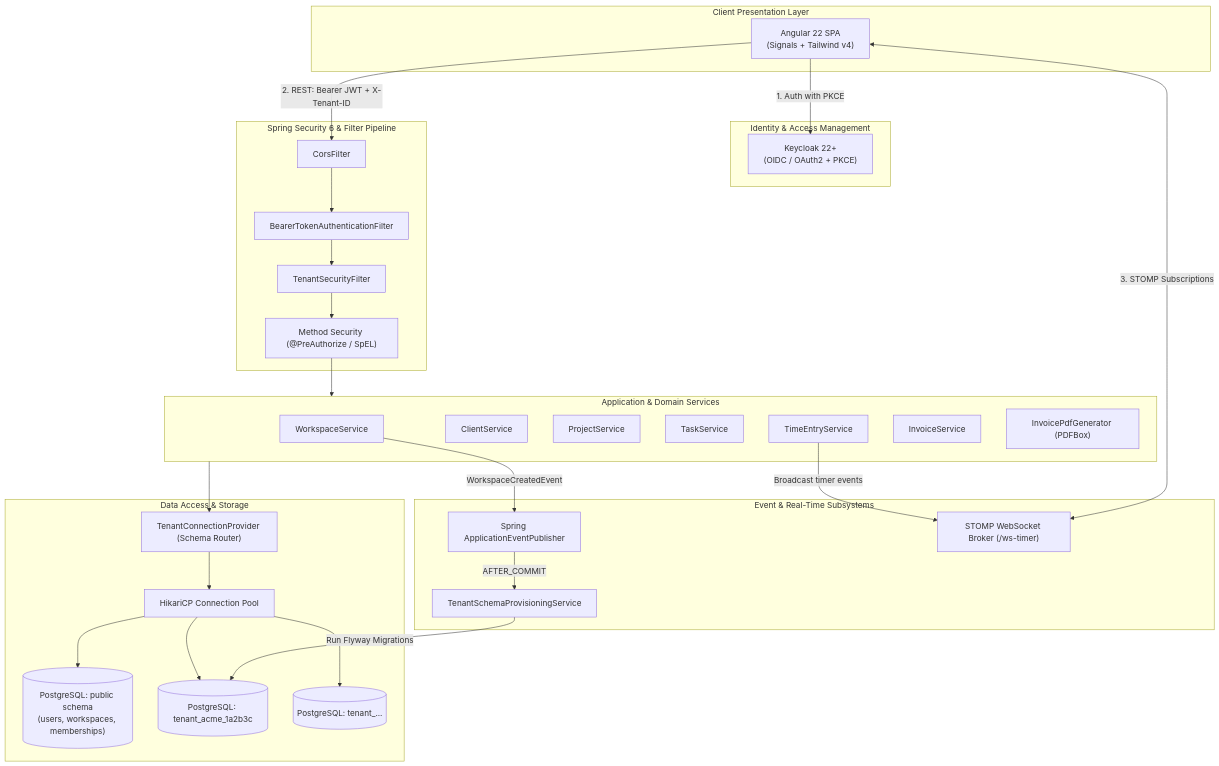
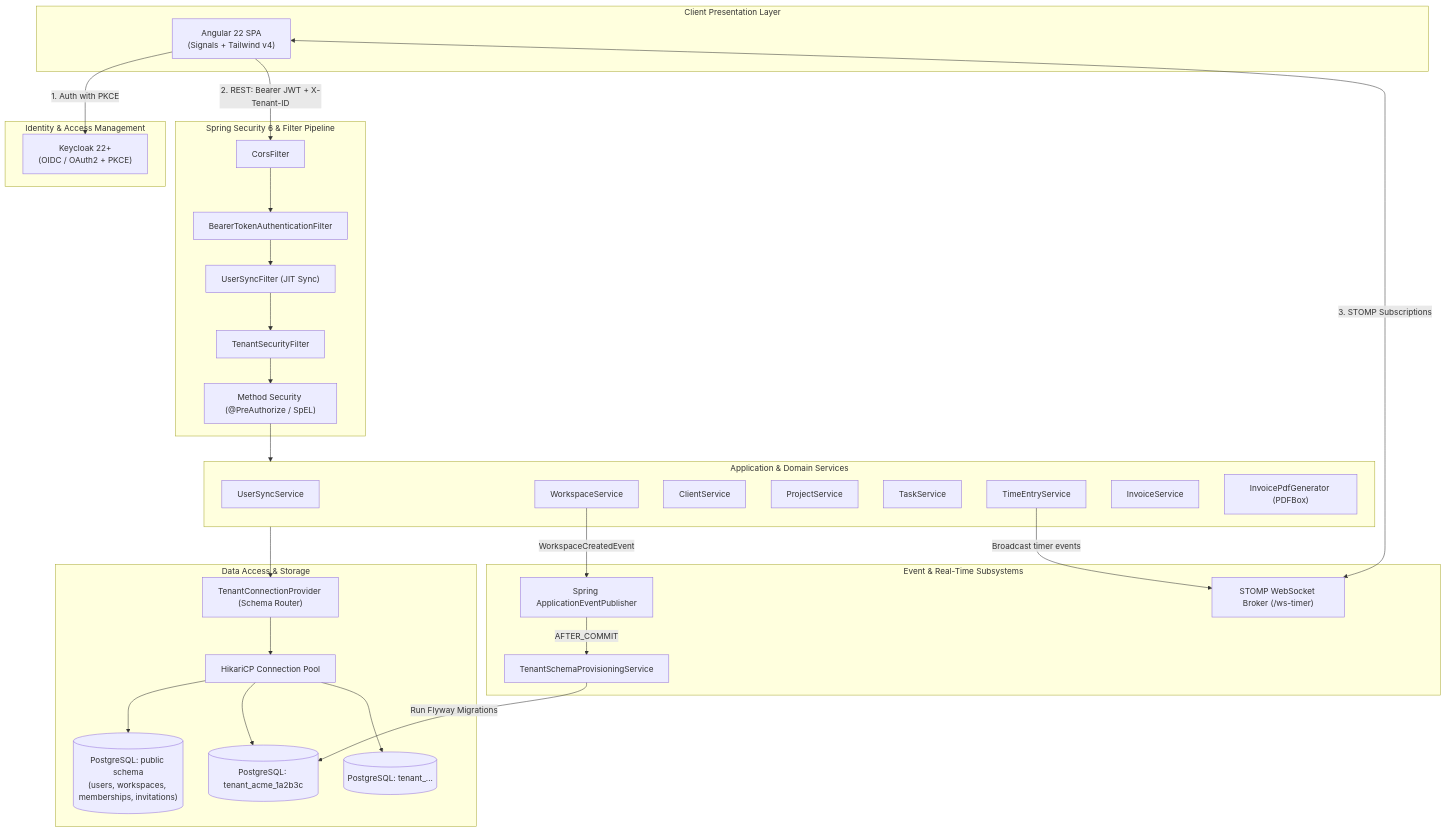
One commit to Eyad-Sharkawy/agency-os-back-end changed the first of 3 diagrams in docs/ARCHITECTURE.md. Above: the diagram before and after it, drawn with Mermaid. The commit also changed other lines of this file and 7 other files, not shown here.

Commit message:
docs(back-end): synchronize OpenAPI specs, complete Postman collection, and update API architecture docs

````diff
--- a/docs/ARCHITECTURE.md
+++ b/docs/ARCHITECTURE.md
@@ -14,62 +15,65 @@
 ```mermaid
 graph TB
     subgraph ClientLayer ["Client Presentation Layer"]
         AngularApp["Angular 22 SPA<br/>(Signals + Tailwind v4)"]
     end
 
     subgraph AuthLayer ["Identity & Access Management"]
         Keycloak["Keycloak 22+<br/>(OIDC / OAuth2 + PKCE)"]
     end
 
     subgraph SecurityPipeline ["Spring Security 6 & Filter Pipeline"]
         CorsFilter["CorsFilter"]
         JwtFilter["BearerTokenAuthenticationFilter"]
+        UserSyncFilter["UserSyncFilter (JIT Sync)"]
         TenantFilter["TenantSecurityFilter"]
         RbacCheck["Method Security (@PreAuthorize / SpEL)"]
     end
 
     subgraph BusinessLayer ["Application & Domain Services"]
+        USR_SVC["UserSyncService"]
         WS_SVC["WorkspaceService"]
         CL_SVC["ClientService"]
         PR_SVC["ProjectService"]
         TK_SVC["TaskService"]
         TM_SVC["TimeEntryService"]
         INV_SVC["InvoiceService"]
         PDF_ENG["InvoicePdfGenerator (PDFBox)"]
     end
 
     subgraph EventSystem ["Event & Real-Time Subsystems"]
         EventMulticaster["Spring ApplicationEventPublisher"]
         ProvisioningService["TenantSchemaProvisioningService"]
         StompBroker["STOMP WebSocket Broker (/ws-timer)"]
     end
 
     subgraph DataLayer ["Data Access & Storage"]
         TenantConnProvider["TenantConnectionProvider (Schema Router)"]
         Hikari["HikariCP Connection Pool"]
-        PostgresPublic[("PostgreSQL: public schema<br/>(users, workspaces, memberships)")]
+        PostgresPublic[("PostgreSQL: public schema<br/>(users, workspaces, memberships, invitations)")]
         PostgresTenant1[("PostgreSQL: tenant_acme_1a2b3c")]
         PostgresTenantN[("PostgreSQL: tenant_...")]
     end
 
     AngularApp -->|1. Auth with PKCE| Keycloak
     AngularApp -->|2. REST: Bearer JWT + X-Tenant-ID| CorsFilter
     AngularApp <-->|3. STOMP Subscriptions| StompBroker
 
     CorsFilter --> JwtFilter
-    JwtFilter --> TenantFilter
+    JwtFilter --> UserSyncFilter
+    UserSyncFilter --> TenantFilter
     TenantFilter --> RbacCheck
     RbacCheck --> BusinessLayer
 
     WS_SVC -->|WorkspaceCreatedEvent| EventMulticaster
     EventMulticaster -->|AFTER_COMMIT| ProvisioningService
     ProvisioningService -->|Run Flyway Migrations| PostgresTenant1
 
     TM_SVC -->|Broadcast timer events| StompBroker
 
     BusinessLayer --> TenantConnProvider
     TenantConnProvider --> Hikari
     Hikari --> PostgresPublic
     Hikari --> PostgresTenant1
     Hikari --> PostgresTenantN
 ```
````
